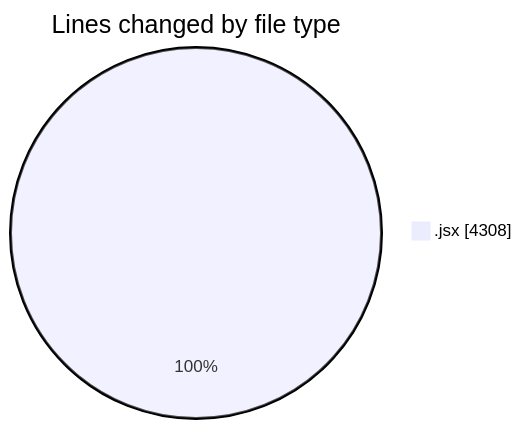
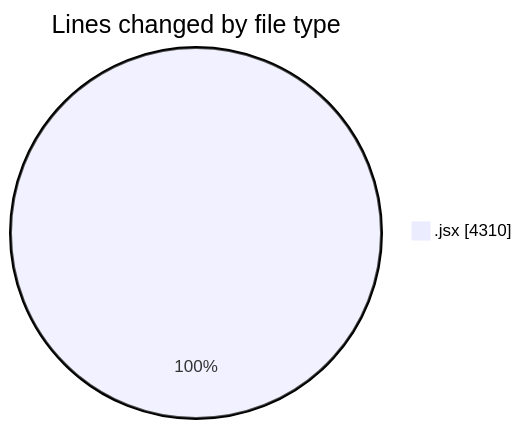
Before and after one commit to nxtqubesakshisongat/code-tracking: the first of 2 diagrams in 2026-01-06/nxtqube_webapp/README.md, drawn with Mermaid. The commit also changed other lines of this file and 1 other file, not shown here.

````diff
--- a/2026-01-06/nxtqube_webapp/README.md
+++ b/2026-01-06/nxtqube_webapp/README.md
@@ -21,5 +21,5 @@
 ```mermaid
 pie showData
 title Lines changed by file type
-".jsx" : 4308
+".jsx" : 4310
 ```
````
